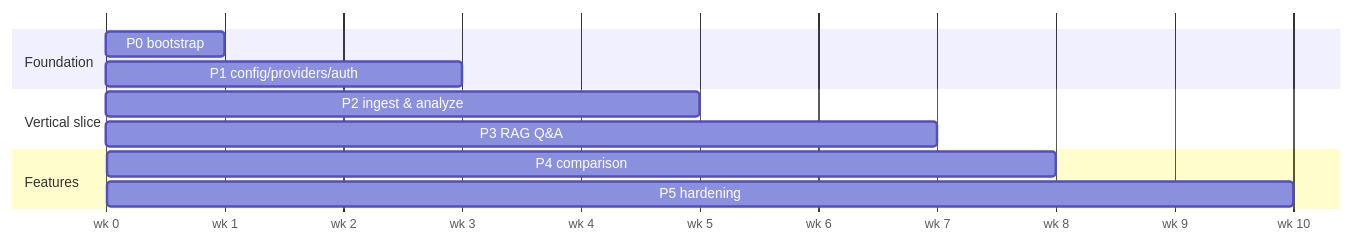
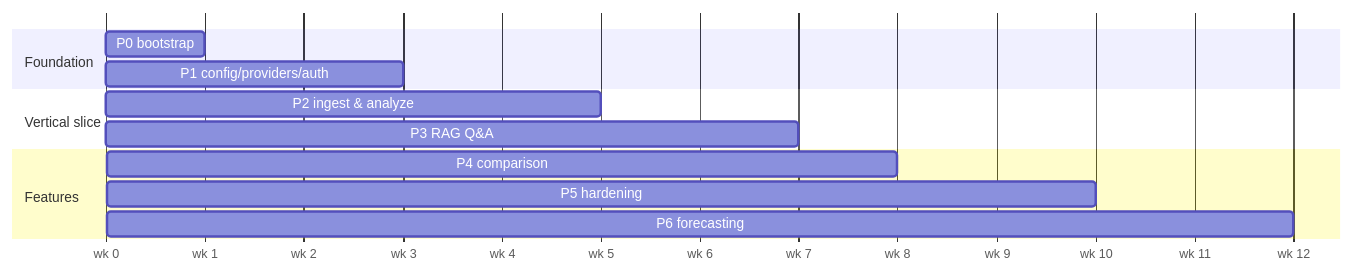
The diagram in PLAN.md (n704/ai-financial-analyzer), drawn with Mermaid before and after one commit. The commit also changed other lines of this file and 3 other files, not shown here.

````diff
--- a/PLAN.md
+++ b/PLAN.md
@@ -160,14 +194,15 @@
 ```mermaid
 gantt
     dateFormat  X
     axisFormat  wk %s
     section Foundation
     P0 bootstrap        :0, 1
     P1 config/providers/auth :1, 3
     section Vertical slice
     P2 ingest & analyze :3, 5
     P3 RAG Q&A          :5, 7
     section Features
     P4 comparison       :7, 8
     P5 hardening        :8, 10
+    P6 forecasting      :10, 12
 ```
````
